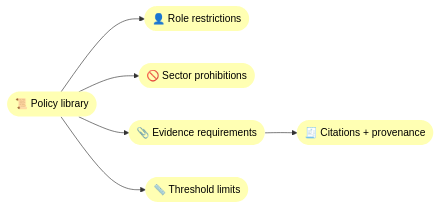
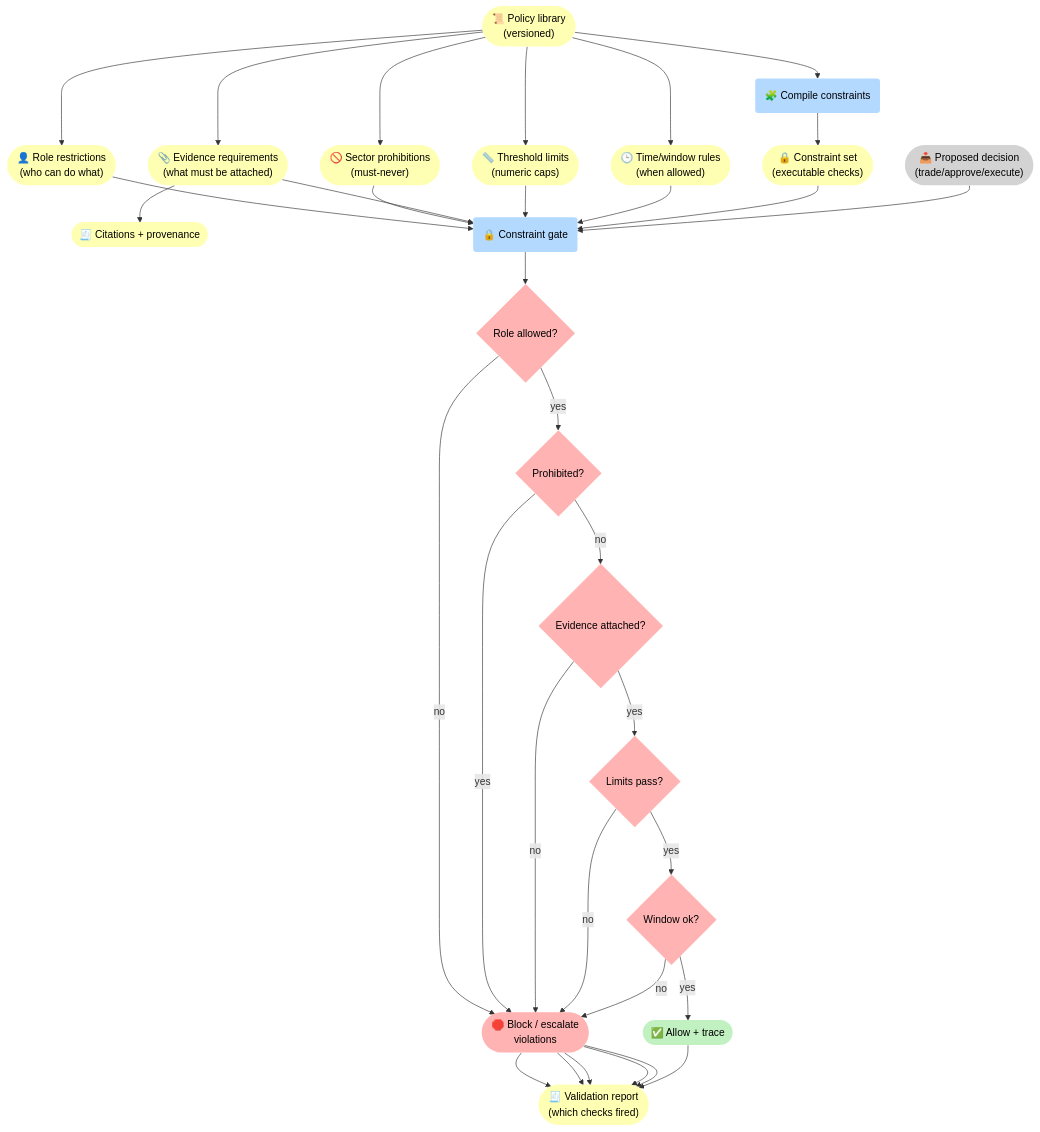
One commit to 5Reasons/5reasons.github.io changed the second of 3 diagrams in docs/case-studies/finance.md. Above: the diagram before and after it, drawn with Mermaid. The commit also changed other lines of this file and 8 other files, not shown here.

First line of the commit message:
Enhance case studies with detailed flowcharts and explicit gates

````diff
--- a/docs/case-studies/finance.md
+++ b/docs/case-studies/finance.md
@@ -93,24 +93,66 @@
 ```mermaid
-flowchart LR
+flowchart TB
 %% Styles (brModel Standard)
 classDef i fill:#D3D3D3,stroke-width:0px,color:#000;
 classDef p fill:#B3D9FF,stroke-width:0px,color:#000;
 classDef r fill:#FFFFB3,stroke-width:0px,color:#000;
 classDef o fill:#C1F0C1,stroke-width:0px,color:#000;
 classDef s fill:#FFB3B3,stroke-width:0px,color:#000;
 
-R_P(["📜 Policy library"]):::r
-R1(["👤 Role restrictions"]):::r
-R2(["🚫 Sector prohibitions"]):::r
-R3(["📎 Evidence requirements"]):::r
-R4(["📏 Threshold limits"]):::r
-R_C(["🧾 Citations + provenance"]):::r
+R_P(["📜 Policy library<br>(versioned)"]):::r
+R1(["👤 Role restrictions<br>(who can do what)"]):::r
+R2(["🚫 Sector prohibitions<br>(must-never)"]):::r
+R3(["📎 Evidence requirements<br>(what must be attached)"]):::r
+R4(["📏 Threshold limits<br>(numeric caps)"]):::r
+R5(["🕒 Time/window rules<br>(when allowed)"]):::r
+R_C(["🧾 Citations + provenance" ]):::r
 
+P_Comp("🧩 Compile constraints"):::p
+R_Set(["🔒 Constraint set<br>(executable checks)"]):::r
+
+I_Dec(["📥 Proposed decision<br>(trade/approve/execute)"]):::i
+P_G("🔒 Constraint gate"):::p
+
+G_Role{"Role allowed?"}:::s
+G_Proh{"Prohibited?"}:::s
+G_Ev{"Evidence attached?"}:::s
+G_Lim{"Limits pass?"}:::s
+G_Time{"Window ok?"}:::s
+
+O_OK(["✅ Allow + trace"]):::o
+S_No(["🛑 Block / escalate<br>violations"]):::s
+R_Rep(["🧾 Validation report<br>(which checks fired)"]):::r
+
+R_P --> P_Comp --> R_Set
 R_P --> R1
 R_P --> R2
 R_P --> R3 --> R_C
 R_P --> R4
+R_P --> R5
+
+R1 --> P_G
+R2 --> P_G
+R3 --> P_G
+R4 --> P_G
+R5 --> P_G
+R_Set --> P_G
+I_Dec --> P_G --> G_Role
+
+G_Role -->|"no"| S_No --> R_Rep
+G_Role -->|"yes"| G_Proh
+
+G_Proh -->|"yes"| S_No --> R_Rep
+G_Proh -->|"no"| G_Ev
+
+G_Ev -->|"no"| S_No --> R_Rep
+G_Ev -->|"yes"| G_Lim
+
+G_Lim -->|"no"| S_No --> R_Rep
+G_Lim -->|"yes"| G_Time
+
+G_Time -->|"no"| S_No --> R_Rep
+G_Time -->|"yes"| O_OK --> R_Rep
 
 %% Clickable nodes
 click R_P "/methodology/constraints/" "Constraints"
 ```
````
